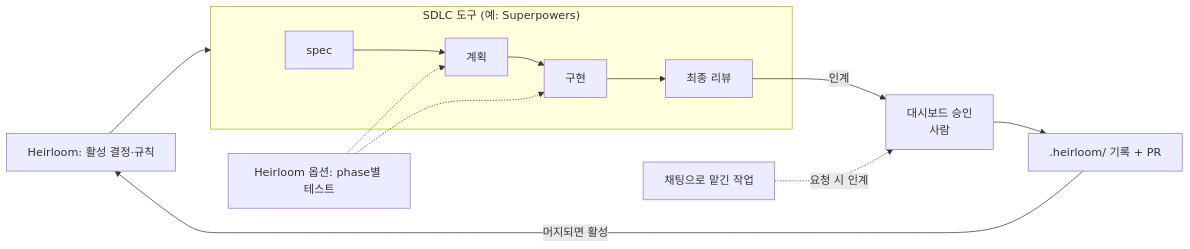
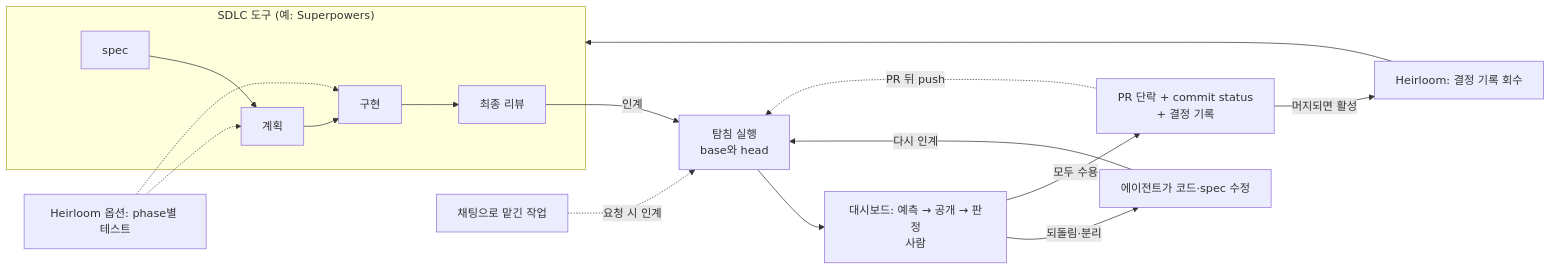
The diagram in README.md (cheongfish/heirloom), drawn with Mermaid before and after one commit. The commit also changed other lines of this file and 12 other files, not shown here.

````diff
--- a/README.md
+++ b/README.md
@@ -11,13 +11,17 @@
 ```mermaid
 flowchart LR
-  H0["Heirloom: 활성 결정·규칙"] --> SDLC
   subgraph SDLC["SDLC 도구 (예: Superpowers)"]
     A[spec] --> B[계획] --> C[구현] --> R[최종 리뷰]
   end
   T["Heirloom 옵션: phase별 테스트"] -.-> B
   T -.-> C
-  R -->|인계| D[대시보드 승인<br/>사람]
-  F[채팅으로 맡긴 작업] -.->|요청 시 인계| D
-  D --> E[".heirloom/ 기록 + PR"]
-  E -->|머지되면 활성| H0
+  R -->|인계| P[탐침 실행<br/>base와 head]
+  F[채팅으로 맡긴 작업] -.->|요청 시 인계| P
+  P --> D[대시보드: 예측 → 공개 → 판정<br/>사람]
+  D -->|되돌림·분리| X[에이전트가 코드·spec 수정]
+  X -->|다시 인계| P
+  D -->|모두 수용| E["PR 단락 + commit status<br/>+ 결정 기록"]
+  E -.->|PR 뒤 push| P
+  E -->|머지되면 활성| H0["Heirloom: 결정 기록 회수"]
+  H0 --> SDLC
 ```
````
